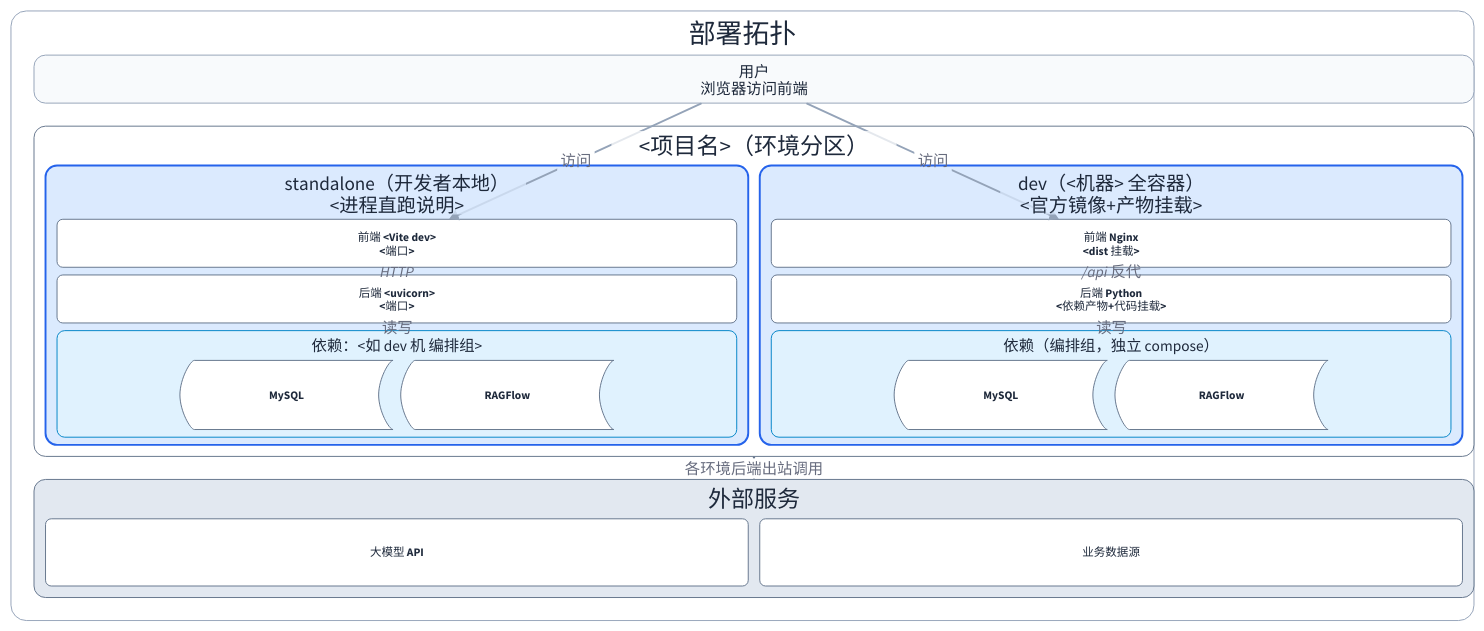
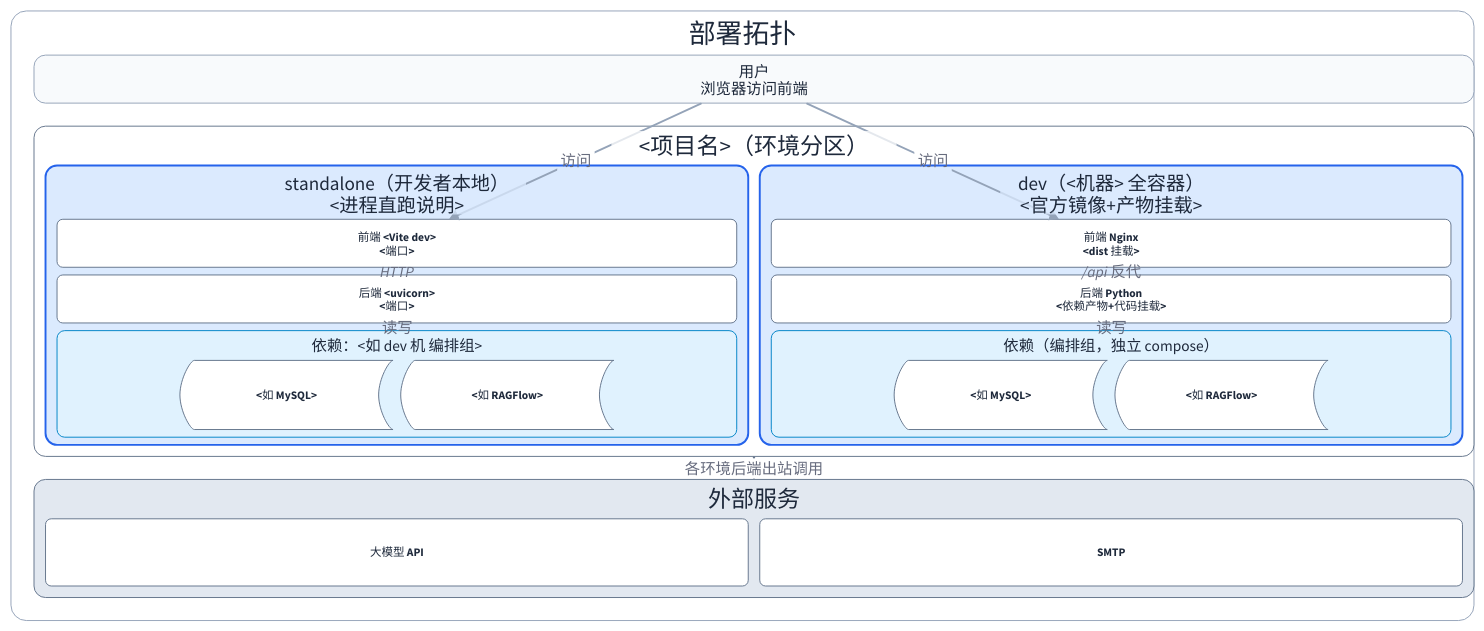
The diagram in skills/doc-arch-rules/references/templates/L4/DEPLOYMENT.template.md (syllr/skills), drawn with D2 before and after one commit. The commit also changed other lines of this file and 29 other files, not shown here.

```diff
--- a/skills/doc-arch-rules/references/templates/L4/DEPLOYMENT.template.md
+++ b/skills/doc-arch-rules/references/templates/L4/DEPLOYMENT.template.md
@@ -161,8 +160,8 @@
         style.stroke-width: 1
         style.border-radius: 8
 
-        mysql: { label: "MySQL"; shape: stored_data; width: 222; height: 72; class: mod }
-        ragflow: { label: "RAGFlow"; shape: stored_data; width: 222; height: 72; class: mod }
+        mysql: { label: "<如 MySQL>"; shape: stored_data; width: 222; height: 72; class: mod }
+        ragflow: { label: "<如 RAGFlow>"; shape: stored_data; width: 222; height: 72; class: mod }
       }
     }
 
@@ -190,8 +189,8 @@
         style.stroke-width: 1
         style.border-radius: 8
 
-        mysql: { label: "MySQL"; shape: stored_data; width: 222; height: 72; class: mod }
-        ragflow: { label: "RAGFlow"; shape: stored_data; width: 222; height: 72; class: mod }
+        mysql: { label: "<如 MySQL>"; shape: stored_data; width: 222; height: 72; class: mod }
+        ragflow: { label: "<如 RAGFlow>"; shape: stored_data; width: 222; height: 72; class: mod }
       }
     }
   }
@@ -208,7 +207,7 @@
     style.border-radius: 12
 
     llm: { label: "大模型 API"; width: 732; height: 70; class: mod }
-    datasource: { label: "业务数据源"; width: 732; height: 70; class: mod }
+    smtp: { label: "SMTP"; width: 732; height: 70; class: mod }
   }
 }
 
```
